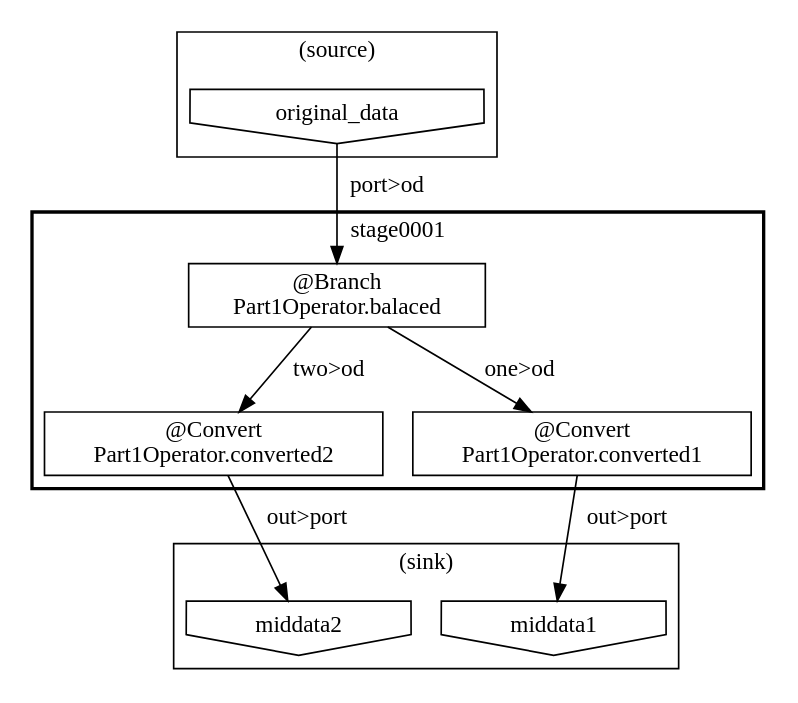
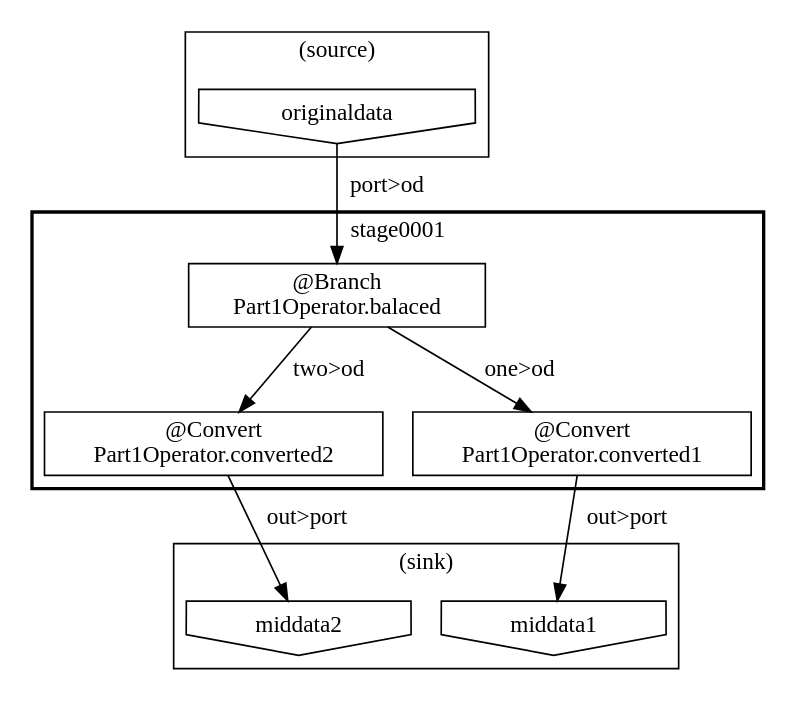
Before and after one commit to ironpeace/AsakusaFlowPartSample: the diagram in target/testdriver/batchcwork/bin/META-INF/visualize/stagegraph.dot, drawn with Graphviz. The commit also changed 19 other files, not shown here.

```diff
--- a/target/testdriver/batchcwork/bin/META-INF/visualize/stagegraph.dot
+++ b/target/testdriver/batchcwork/bin/META-INF/visualize/stagegraph.dot
@@ -1,23 +1,23 @@
 digraph {
-    subgraph "cluster_22f61683-1533-48ad-861e-30ef4d17a495" {
+    subgraph "cluster_b646be14-6e9e-41df-9f20-928b600ed76f" {
         label = "(sink)";
-        "52221e6e-6892-478d-9c81-64b3b8a3eb71" [shape=invhouse, label="middata2"];
-        "fc979500-be4b-4880-bd0b-87c30716cc89" [shape=invhouse, label="middata1"];
+        "38b29cfd-df2b-4283-98f8-afda6aa403f8" [shape=invhouse, label="middata2"];
+        "ad1cdd48-9042-4868-be53-b8fae020fa79" [shape=invhouse, label="middata1"];
     }
-    subgraph "cluster_843ff50f-6308-4f4c-8870-77811aba1b29" {
+    subgraph "cluster_bd4bbad6-748a-4881-9300-5c91f8f6a3cc" {
         label = "(source)";
-        "8f737f15-2e12-4c7b-a76d-e37332459df7" [shape=invhouse, label="original_data"];
+        "b81dab0c-b943-4e3b-afb5-bc16cc9962c1" [shape=invhouse, label="originaldata"];
     }
-    subgraph "cluster_6c4f62f4-9615-47b6-b502-aff1f47c8a2c" {
+    subgraph "cluster_2735311b-8ed4-4125-b2bf-25d0385275ca" {
         label = "stage0001";
         style = bold;
-        "d3713e40-a011-4d09-9f7a-683ee03031c8" [shape=box, label="@Branch\nPart1Operator.balaced"];
-        "837acd8f-25c9-423a-a4f2-ef0f38cd0c3c" [shape=box, label="@Convert\nPart1Operator.converted2"];
-        "72b125a8-fea4-4789-bbf2-de76ca531b5a" [shape=box, label="@Convert\nPart1Operator.converted1"];
+        "5246fe76-6ad7-4747-ab2a-7e7c3a37fb15" [shape=box, label="@Branch\nPart1Operator.balaced"];
+        "b8dac44b-6e65-4285-80d6-7d3a37bc3c4c" [shape=box, label="@Convert\nPart1Operator.converted2"];
+        "d627fb83-4632-4cb7-b4db-4f072b77b79e" [shape=box, label="@Convert\nPart1Operator.converted1"];
     }
-    "8f737f15-2e12-4c7b-a76d-e37332459df7" -> "d3713e40-a011-4d09-9f7a-683ee03031c8" [label="port>od"];
-    "837acd8f-25c9-423a-a4f2-ef0f38cd0c3c" -> "52221e6e-6892-478d-9c81-64b3b8a3eb71" [label="out>port"];
-    "72b125a8-fea4-4789-bbf2-de76ca531b5a" -> "fc979500-be4b-4880-bd0b-87c30716cc89" [label="out>port"];
-    "d3713e40-a011-4d09-9f7a-683ee03031c8" -> "72b125a8-fea4-4789-bbf2-de76ca531b5a" [label="one>od"];
-    "d3713e40-a011-4d09-9f7a-683ee03031c8" -> "837acd8f-25c9-423a-a4f2-ef0f38cd0c3c" [label="two>od"];
+    "b81dab0c-b943-4e3b-afb5-bc16cc9962c1" -> "5246fe76-6ad7-4747-ab2a-7e7c3a37fb15" [label="port>od"];
+    "b8dac44b-6e65-4285-80d6-7d3a37bc3c4c" -> "38b29cfd-df2b-4283-98f8-afda6aa403f8" [label="out>port"];
+    "d627fb83-4632-4cb7-b4db-4f072b77b79e" -> "ad1cdd48-9042-4868-be53-b8fae020fa79" [label="out>port"];
+    "5246fe76-6ad7-4747-ab2a-7e7c3a37fb15" -> "d627fb83-4632-4cb7-b4db-4f072b77b79e" [label="one>od"];
+    "5246fe76-6ad7-4747-ab2a-7e7c3a37fb15" -> "b8dac44b-6e65-4285-80d6-7d3a37bc3c4c" [label="two>od"];
 }
```
